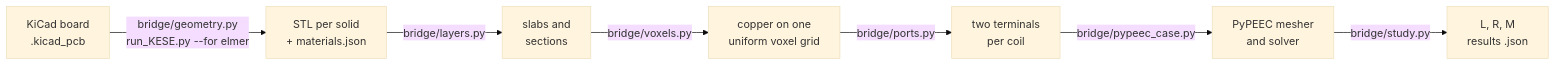
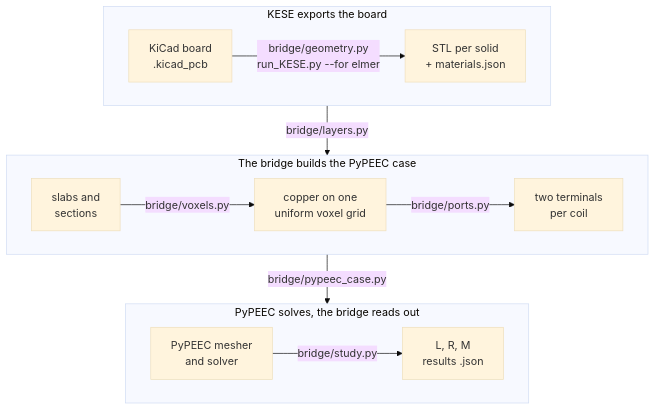
One commit to RolandThsive/KiCad-EM-Stackup-Exporter-KESE changed the diagram in docs/wiki/PyPEEC-Walkthrough.md. Above: the diagram before and after it, drawn with Mermaid (base theme). The commit also changed 3 other files, not shown here.

First line of the commit message:
Wiki: each walkthrough's How It Fits Together diagram in rows

````diff
--- a/docs/wiki/PyPEEC-Walkthrough.md
+++ b/docs/wiki/PyPEEC-Walkthrough.md
@@ -41,9 +41,17 @@
 ```mermaid
-flowchart LR
-    A[KiCad board<br>.kicad_pcb] -->|bridge/geometry.py<br>run_KESE.py --for elmer| B[STL per solid<br>+ materials.json]
-    B -->|bridge/layers.py| C[slabs and<br>sections]
-    C -->|bridge/voxels.py| D[copper on one<br>uniform voxel grid]
-    D -->|bridge/ports.py| E[two terminals<br>per coil]
-    E -->|bridge/pypeec_case.py| F[PyPEEC mesher<br>and solver]
-    F -->|bridge/study.py| G[L, R, M<br>results .json]
+flowchart TB
+    subgraph S1["KESE exports the board"]
+        direction LR
+        A[KiCad board<br>.kicad_pcb] -->|bridge/geometry.py<br>run_KESE.py --for elmer| B[STL per solid<br>+ materials.json]
+    end
+    subgraph S2["The bridge builds the PyPEEC case"]
+        direction LR
+        C[slabs and<br>sections] -->|bridge/voxels.py| D[copper on one<br>uniform voxel grid] -->|bridge/ports.py| E[two terminals<br>per coil]
+    end
+    subgraph S3["PyPEEC solves, the bridge reads out"]
+        direction LR
+        F[PyPEEC mesher<br>and solver] -->|bridge/study.py| G[L, R, M<br>results .json]
+    end
+    S1 -->|bridge/layers.py| S2
+    S2 -->|bridge/pypeec_case.py| S3
 ```
````
